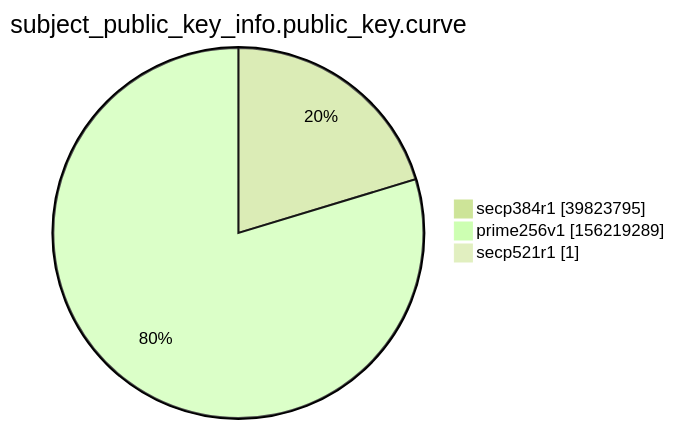
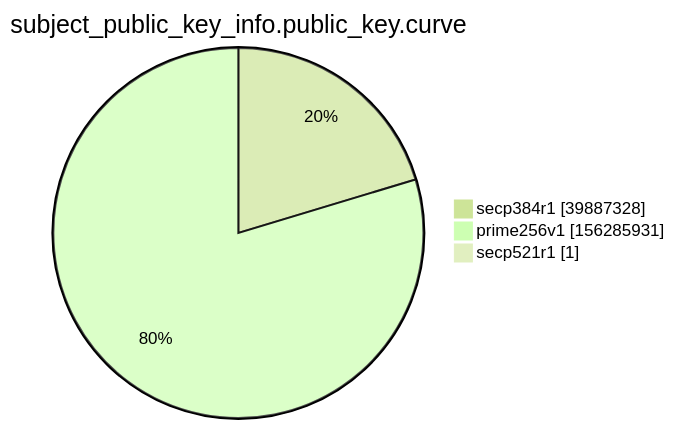
One commit to christiankrug/ctmonitor_visualization changed the ninth of 15 diagrams in xenon2022/README.md. Above: the diagram before and after it, drawn with Mermaid (forest theme). The commit also changed other lines of this file, not shown here.

````diff
--- a/xenon2022/README.md
+++ b/xenon2022/README.md
@@ -2865,7 +2866,7 @@
 ```mermaid
 pie showData
 title subject_public_key_info.public_key.curve
-"secp384r1" :39823795
-"prime256v1" :156219289
+"secp384r1" :39887328
+"prime256v1" :156285931
 "secp521r1" :1
 ```
````
